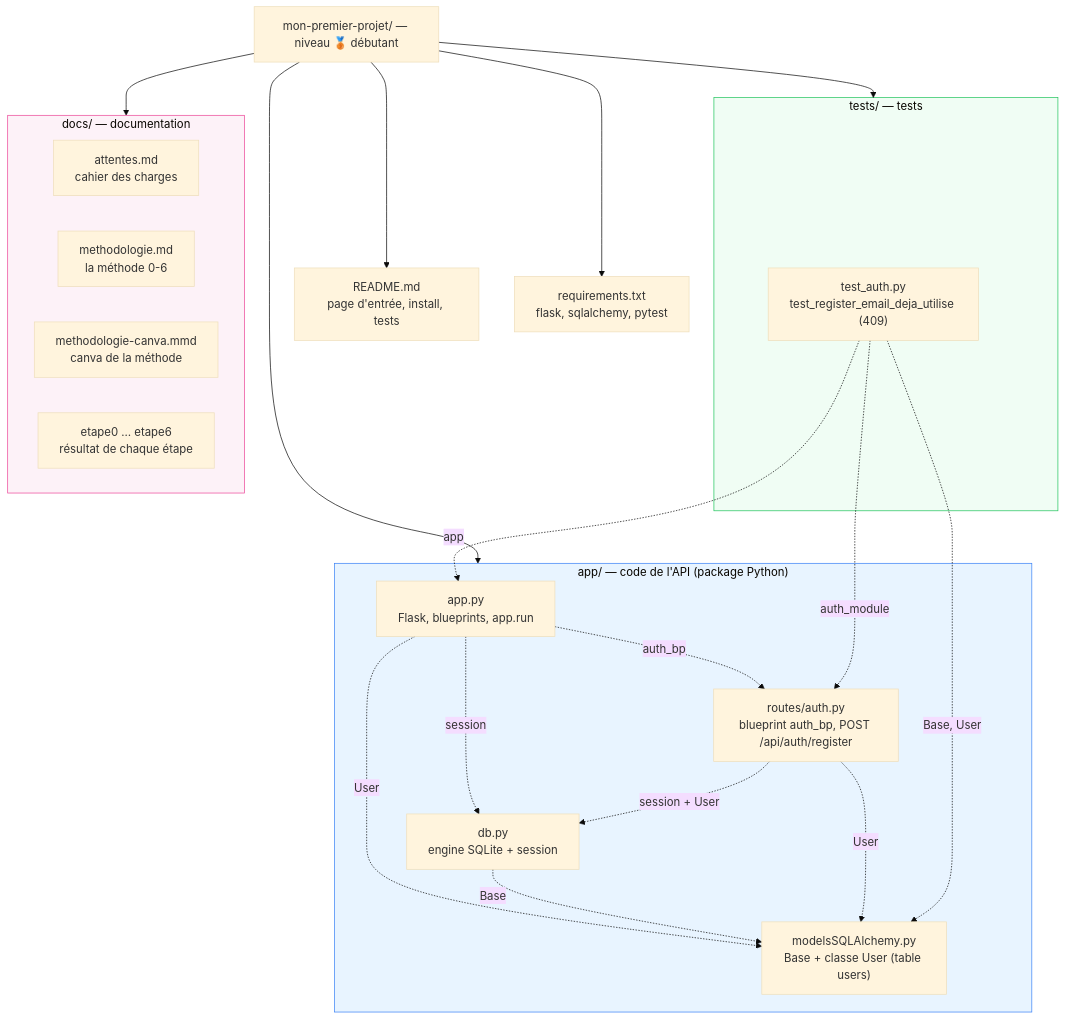
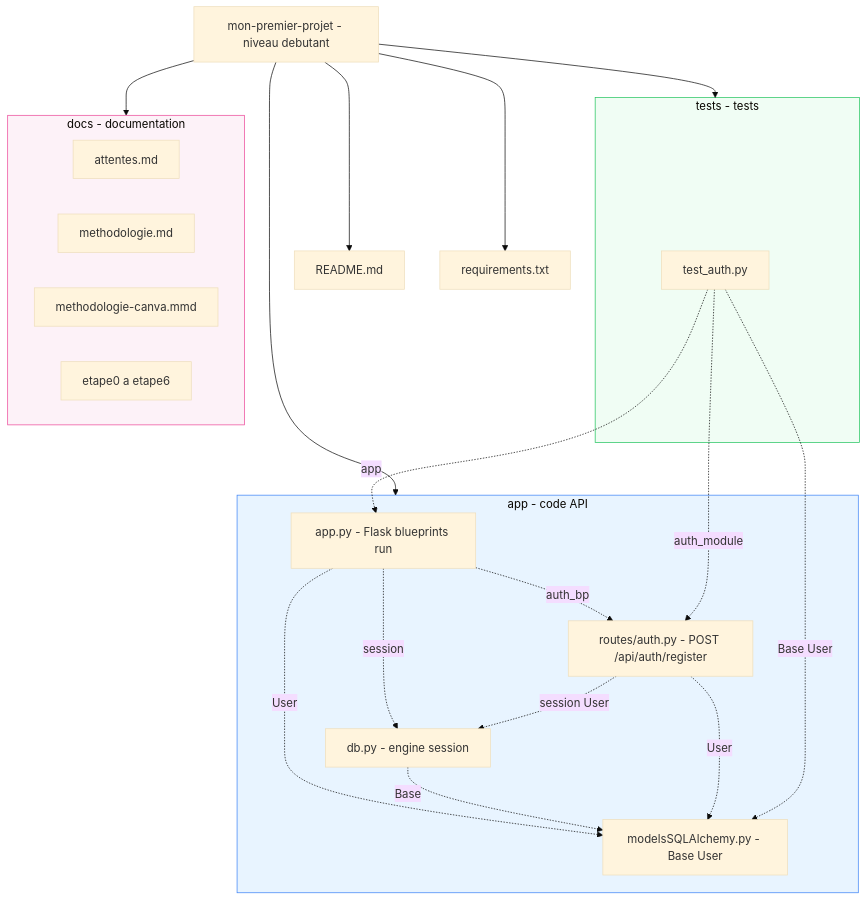
Before and after one commit to ericlacombe/mon-premier-projet: the diagram in docs/canva-structure-debutant.mmd, drawn with Mermaid (base theme).

Commit message:
docs/canva-structure-debutant.mmd : libellés simplifiés (fix Mermaid Error) + légende

```diff
--- a/docs/canva-structure-debutant.mmd
+++ b/docs/canva-structure-debutant.mmd
@@ -1,44 +1,45 @@
-%% Canva de la structure de fichiers — mon-premier-projet (DigiMarket) — NIVEAU 🥉 DÉBUTANT
-%% À rendre sur https://mermaid.live  (les flèches pointillées = les imports entre fichiers Python)
+%% Canva structure de fichiers - mon-premier-projet - NIVEAU DEBUTANT
+%% Rendu : copier ce bloc sur https://mermaid.live
+%% Legende : fleche pleine = arborescence (dossier contient fichier)
+%%           fleche pointillee + texte = import Python (le texte = le nom importe)
 flowchart TB
-    ROOT["mon-premier-projet/ — niveau 🥉 débutant"]
+    ROOT["mon-premier-projet - niveau debutant"]
 
-    ROOT --> README["README.md<br/>page d'entrée, install, tests"]
-    ROOT --> REQ["requirements.txt<br/>flask, sqlalchemy, pytest"]
+    ROOT --> README["README.md"]
+    ROOT --> REQ["requirements.txt"]
 
-    subgraph APP["app/ — code de l'API (package Python)"]
-        A_APP["app.py<br/>Flask, blueprints, app.run"]
-        A_DB["db.py<br/>engine SQLite + session"]
-        A_MODELS["modelsSQLAlchemy.py<br/>Base + classe User (table users)"]
-        A_ROUTES["routes/auth.py<br/>blueprint auth_bp, POST /api/auth/register"]
+    subgraph APP["app - code API"]
+        A_APP["app.py - Flask blueprints run"]
+        A_DB["db.py - engine session"]
+        A_MODELS["modelsSQLAlchemy.py - Base User"]
+        A_ROUTES["routes/auth.py - POST /api/auth/register"]
     end
 
-    subgraph TESTS["tests/ — tests"]
-        T_AUTH["test_auth.py<br/>test_register_email_deja_utilise (409)"]
+    subgraph TESTS["tests - tests"]
+        T_AUTH["test_auth.py"]
     end
 
-    subgraph DOCS["docs/ — documentation"]
-        D_ATT["attentes.md<br/>cahier des charges"]
-        D_MET["methodologie.md<br/>la méthode 0-6"]
-        D_CANVA["methodologie-canva.mmd<br/>canva de la méthode"]
-        D_ETAPES["etape0 … etape6<br/>résultat de chaque étape"]
+    subgraph DOCS["docs - documentation"]
+        D_ATT["attentes.md"]
+        D_MET["methodologie.md"]
+        D_CANVA["methodologie-canva.mmd"]
+        D_ETAPES["etape0 a etape6"]
     end
 
     ROOT --> APP
     ROOT --> TESTS
     ROOT --> DOCS
 
-    %% imports entre fichiers Python (qui importe qui)
-    A_APP -.->|"auth_bp"| A_ROUTES
-    A_APP -.->|"session"| A_DB
-    A_APP -.->|"User"| A_MODELS
-    A_DB -.->|"Base"| A_MODELS
-    A_ROUTES -.->|"session + User"| A_DB
-    A_ROUTES -.->|"User"| A_MODELS
-    T_AUTH -.->|"app"| A_APP
-    T_AUTH -.->|"Base, User"| A_MODELS
-    T_AUTH -.->|"auth_module"| A_ROUTES
+    A_APP -.->|auth_bp| A_ROUTES
+    A_APP -.->|session| A_DB
+    A_APP -.->|User| A_MODELS
+    A_DB -.->|Base| A_MODELS
+    A_ROUTES -.->|session User| A_DB
+    A_ROUTES -.->|User| A_MODELS
+    T_AUTH -.->|app| A_APP
+    T_AUTH -.->|Base User| A_MODELS
+    T_AUTH -.->|auth_module| A_ROUTES
 
     style APP fill:#e8f4ff,stroke:#3b82f6
     style TESTS fill:#f0fdf4,stroke:#22c55e
     style DOCS fill:#fdf2f8,stroke:#ec4899
```
